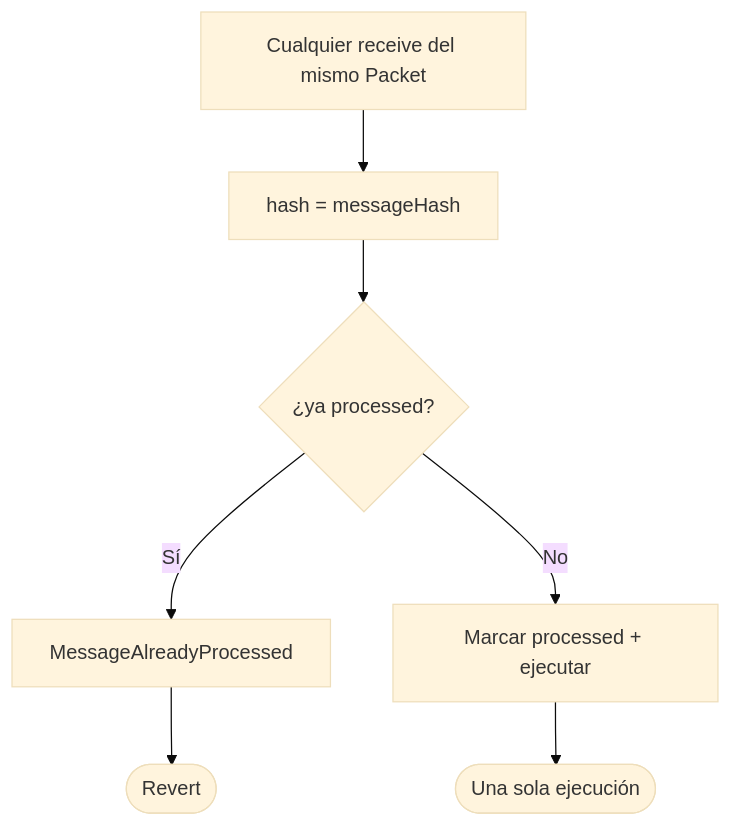
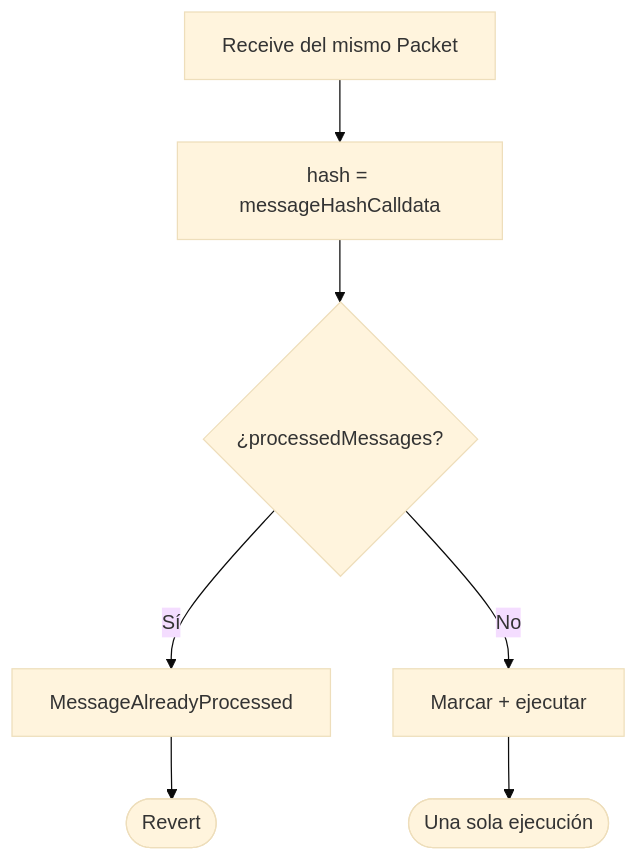
One commit to rastrahm/crosschain-messaging changed the sixth of 7 diagrams in doc/diagrama-de-flujo.md. Above: the diagram before and after it, drawn with Mermaid (base theme). The commit also changed other lines of this file and 7 other files, not shown here.

````diff
--- a/doc/diagrama-de-flujo.md
+++ b/doc/diagrama-de-flujo.md
@@ -121,9 +132,9 @@
 ```mermaid
 flowchart TD
-    A[Cualquier receive del mismo Packet] --> B[hash = messageHash]
-    B --> C{¿ya processed?}
+    A[Receive del mismo Packet] --> B[hash = messageHashCalldata]
+    B --> C{¿processedMessages?}
     C -->|Sí| D[MessageAlreadyProcessed]
-    C -->|No| E[Marcar processed + ejecutar]
+    C -->|No| E[Marcar + ejecutar]
     D --> Fail([Revert])
     E --> Ok([Una sola ejecución])
 ```
````
